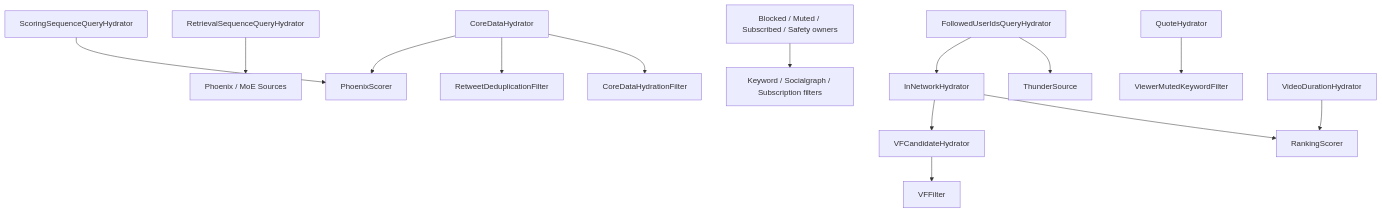
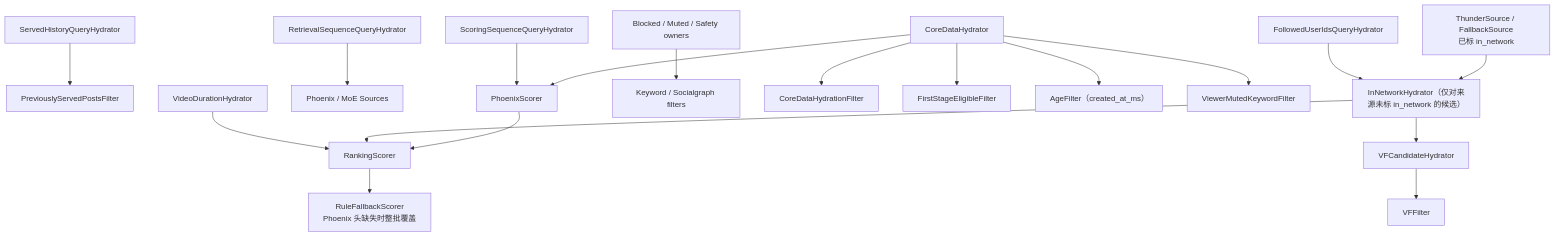
The diagram in docs/home-mixer/08-component-index.md (freefcw/x-algorithm), drawn with Mermaid before and after one commit. The commit also changed other lines of this file and 21 other files, not shown here.

````diff
--- a/docs/home-mixer/08-component-index.md
+++ b/docs/home-mixer/08-component-index.md
@@ -118,18 +120,22 @@
 ```mermaid
 flowchart TD
+    Q0["ServedHistoryQueryHydrator"] --> F9["PreviouslyServedPostsFilter"]
     Q1["ScoringSequenceQueryHydrator"] --> SC1["PhoenixScorer"]
     Q2["RetrievalSequenceQueryHydrator"] --> S1["Phoenix / MoE Sources"]
-    Q3["FollowedUserIdsQueryHydrator"] --> S2["ThunderSource"]
-    Q3 --> H1["InNetworkHydrator"]
-    Q4["Blocked / Muted / Subscribed / Safety owners"] --> F8["Keyword / Socialgraph / Subscription filters"]
+    Q3["FollowedUserIdsQueryHydrator"] --> H1["InNetworkHydrator（仅对来源未标 in_network 的候选）"]
+    Q4["Blocked / Muted / Safety owners"] --> F8["Keyword / Socialgraph filters"]
 
+    S2["ThunderSource / FallbackSource<br/>已标 in_network"] --> H1
     H2["CoreDataHydrator"] --> F1["CoreDataHydrationFilter"]
-    H2 --> F2["RetweetDeduplicationFilter"]
+    H2 --> F2["FirstStageEligibleFilter"]
+    H2 --> F3["AgeFilter（created_at_ms）"]
+    H2 --> F4["ViewerMutedKeywordFilter"]
     H2 --> SC1
-    HQ["QuoteHydrator"] --> F3["ViewerMutedKeywordFilter"]
 
     H3["VideoDurationHydrator"] --> SC2["RankingScorer"]
     H1 --> SC2
+    SC1 --> SC2
+    SC2 --> SC3["RuleFallbackScorer<br/>Phoenix 头缺失时整批覆盖"]
     H1 --> H6["VFCandidateHydrator"]
     H6 --> PF1["VFFilter"]
 ```
````
